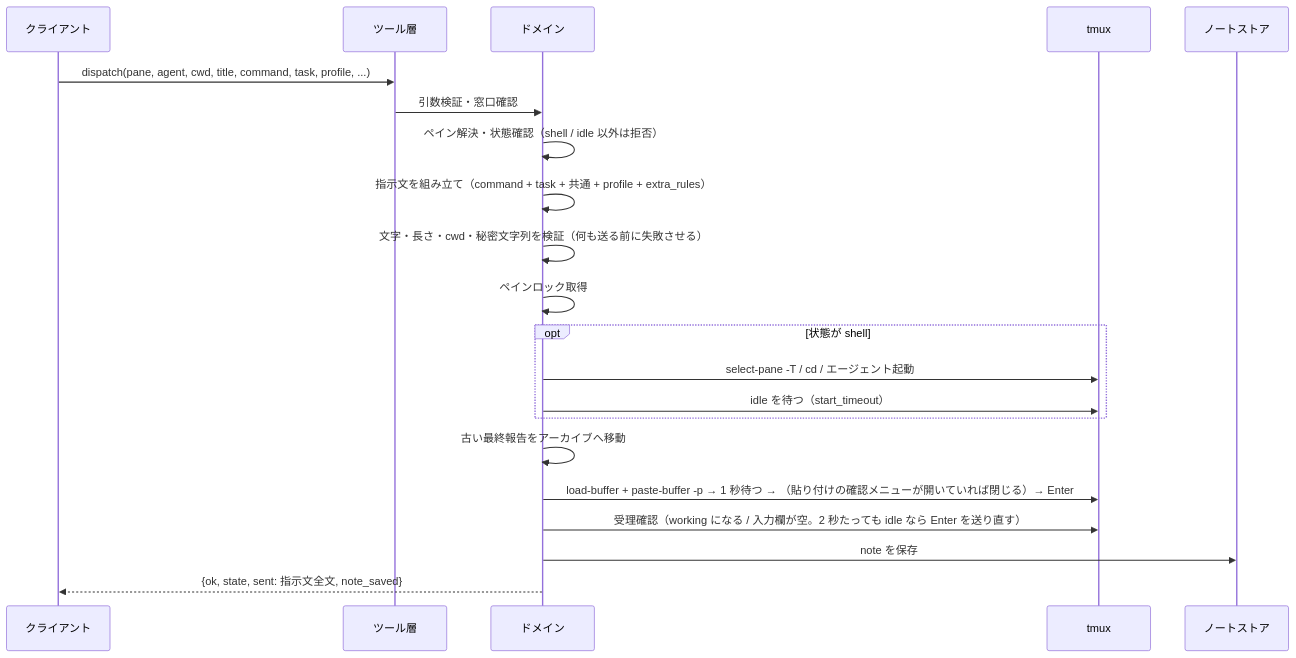
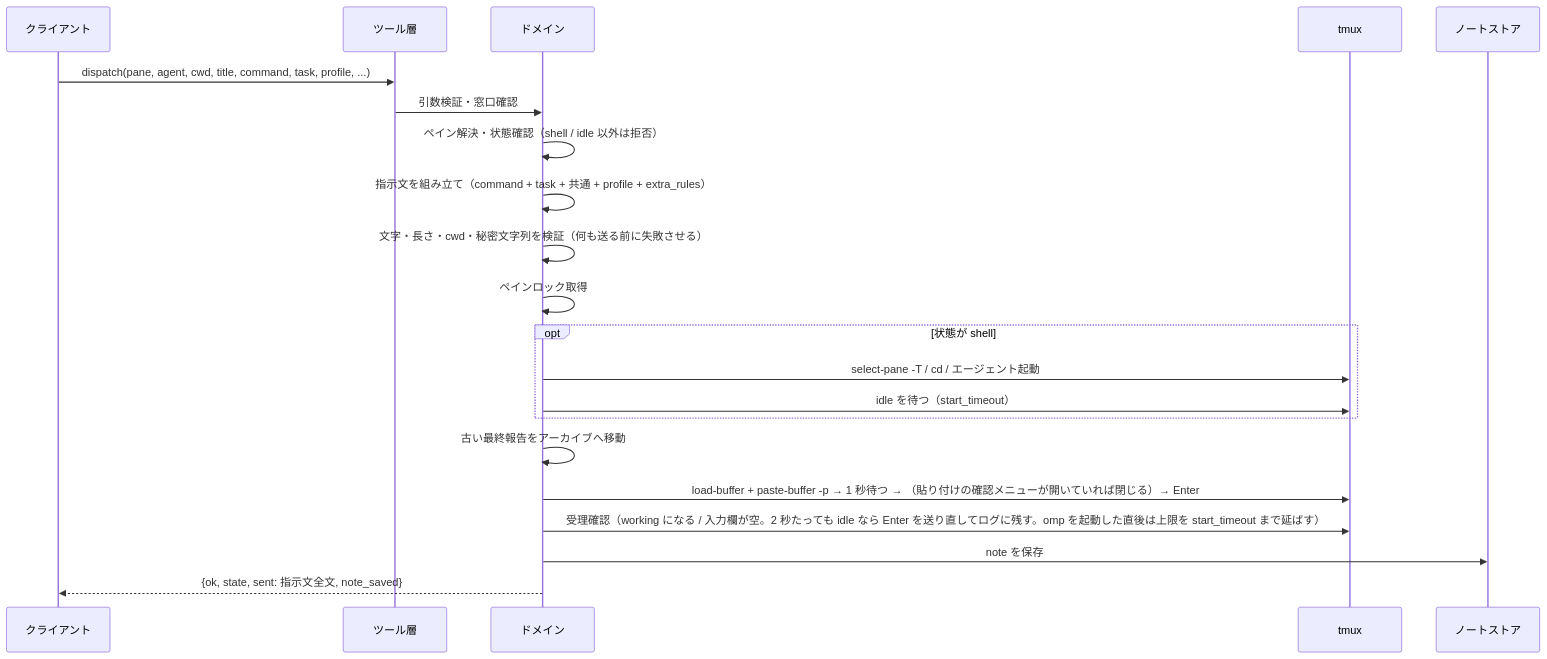
One commit to ousiassllc/swarm-console changed the fourth of 6 diagrams in docs/architecture/overview.md. Above: the diagram before and after it, drawn with Mermaid. The commit also changed other lines of this file and 11 other files, not shown here.

First line of the commit message:
fix: omp を起動した直後の dispatch は受理を待つ上限を start_timeout まで延ばし、Enter の送り直しをログに出す

````diff
--- a/docs/architecture/overview.md
+++ b/docs/architecture/overview.md
@@ -137,24 +137,24 @@
 ```mermaid
 sequenceDiagram
     participant C as クライアント
     participant T as ツール層
     participant D as ドメイン
     participant X as tmux
     participant N as ノートストア
 
     C->>T: dispatch(pane, agent, cwd, title, command, task, profile, ...)
     T->>D: 引数検証・窓口確認
     D->>D: ペイン解決・状態確認（shell / idle 以外は拒否）
     D->>D: 指示文を組み立て（command + task + 共通 + profile + extra_rules）
     D->>D: 文字・長さ・cwd・秘密文字列を検証（何も送る前に失敗させる）
     D->>D: ペインロック取得
     opt 状態が shell
         D->>X: select-pane -T / cd / エージェント起動
         D->>X: idle を待つ（start_timeout）
     end
     D->>D: 古い最終報告をアーカイブへ移動
     D->>X: load-buffer + paste-buffer -p → 1 秒待つ → （貼り付けの確認メニューが開いていれば閉じる）→ Enter
-    D->>X: 受理確認（working になる / 入力欄が空。2 秒たっても idle なら Enter を送り直す）
+    D->>X: 受理確認（working になる / 入力欄が空。2 秒たっても idle なら Enter を送り直してログに残す。omp を起動した直後は上限を start_timeout まで延ばす）
     D->>N: note を保存
     D-->>C: {ok, state, sent: 指示文全文, note_saved}
 ```
````
